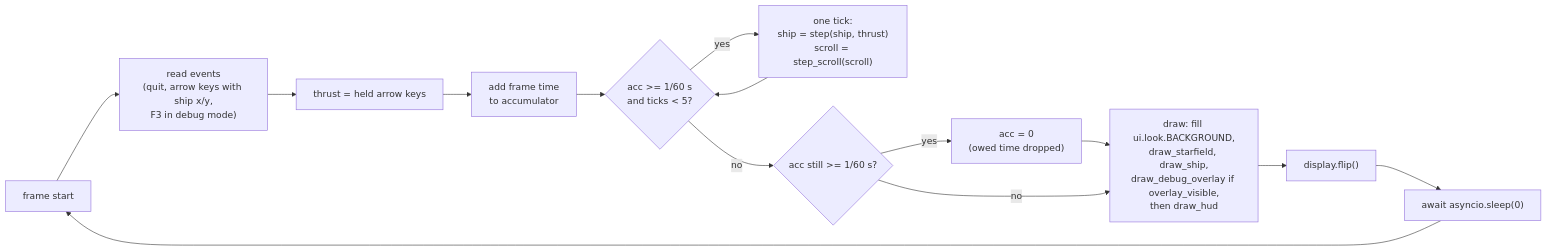
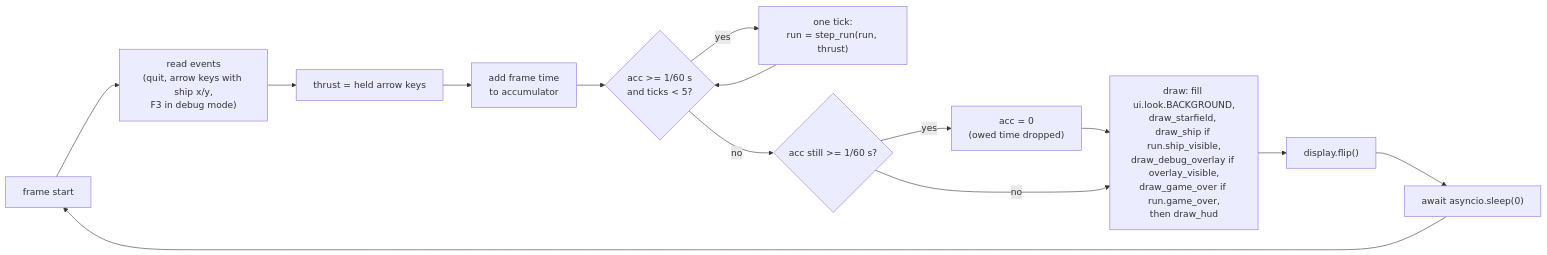
Before and after one commit to david-mntl/driftward-ace: the third of 3 diagrams in docs/contracts/systems/app.md, drawn with Mermaid. The commit also changed other lines of this file and 11 other files, not shown here.

````diff
--- a/docs/contracts/systems/app.md
+++ b/docs/contracts/systems/app.md
@@ -72,14 +76,14 @@
 ```mermaid
 flowchart LR
   F["frame start"] --> EV["read events<br/>(quit, arrow keys with ship x/y,<br/>F3 in debug mode)"]
   EV --> HK["thrust = held arrow keys"]
   HK --> AC["add frame time<br/>to accumulator"]
   AC --> T{"acc >= 1/60 s<br/>and ticks < 5?"}
-  T -- yes --> TK["one tick:<br/>ship = step(ship, thrust)<br/>scroll = step_scroll(scroll)"] --> T
+  T -- yes --> TK["one tick:<br/>run = step_run(run, thrust)"] --> T
   T -- no --> CAP{"acc still >= 1/60 s?"}
   CAP -- yes --> DROP["acc = 0<br/>(owed time dropped)"] --> D
-  CAP -- no --> D["draw: fill ui.look.BACKGROUND,<br/>draw_starfield, draw_ship,<br/>draw_debug_overlay if overlay_visible,<br/>then draw_hud"]
+  CAP -- no --> D["draw: fill ui.look.BACKGROUND,<br/>draw_starfield, draw_ship if run.ship_visible,<br/>draw_debug_overlay if overlay_visible,<br/>draw_game_over if run.game_over,<br/>then draw_hud"]
   D --> FL["display.flip()"]
   FL --> Y["await asyncio.sleep(0)"]
   Y --> F
 ```
````
